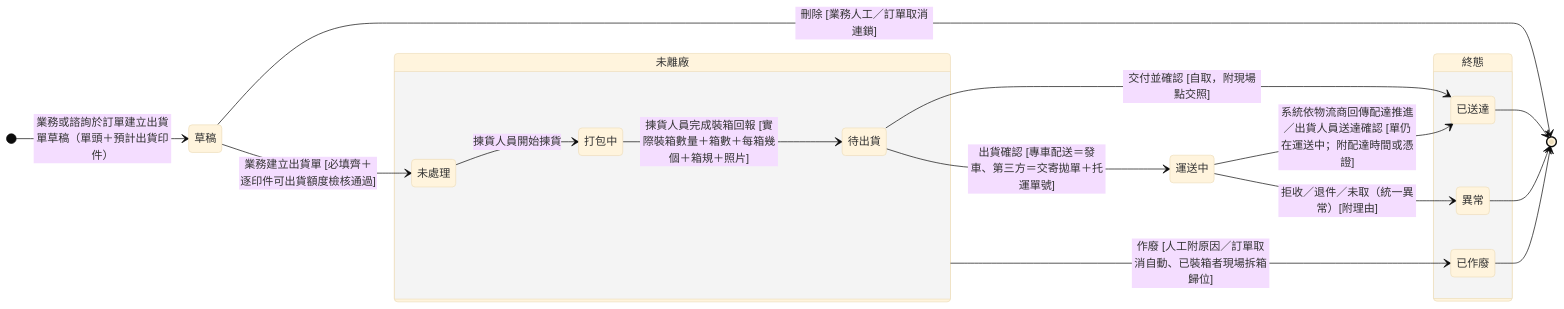
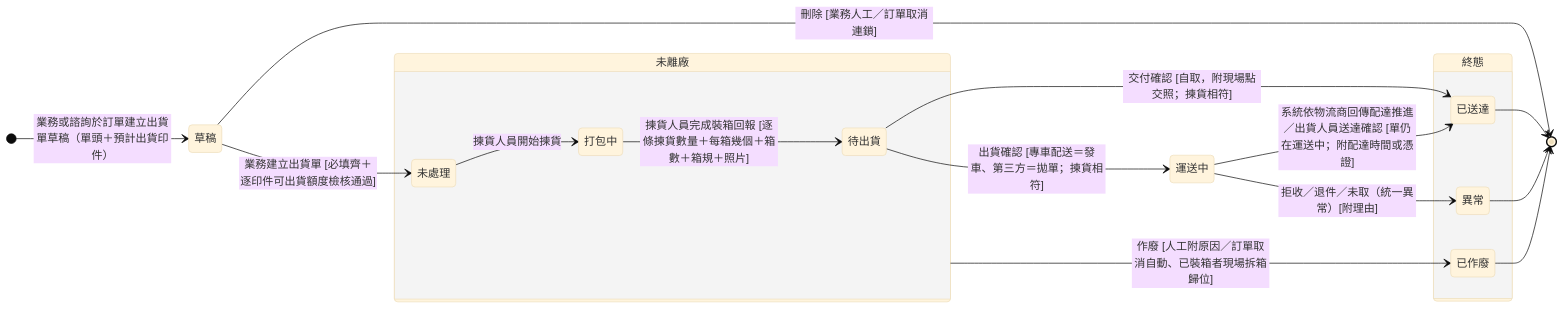
The diagram in memory/Sens_wiki/wiki/erp/06-state-machines/出貨單狀態.md (Kawato-Miles/erp-spec), drawn with Mermaid (base theme) before and after one commit. The commit also changed other lines of this file and 66 other files, not shown here.

````diff
--- a/memory/Sens_wiki/wiki/erp/06-state-machines/出貨單狀態.md
+++ b/memory/Sens_wiki/wiki/erp/06-state-machines/出貨單狀態.md
@@ -43,38 +44,38 @@
 ```mermaid
 stateDiagram-v2
     direction LR
 
     state "草稿" as s_draft
 
     [*] --> s_draft : 業務或諮詢於訂單建立出貨單草稿（單頭＋預計出貨印件）
 
     state "未離廠" as OnSite {
         direction LR
         state "未處理" as s_pending
         state "打包中" as s_packing
         state "待出貨" as s_packed
         s_pending --> s_packing : 揀貨人員開始揀貨
-        s_packing --> s_packed : 揀貨人員完成裝箱回報 [實際裝箱數量＋箱數＋每箱幾個＋箱規＋照片]
+        s_packing --> s_packed : 揀貨人員完成裝箱回報 [逐條揀貨數量＋每箱幾個＋箱數＋箱規＋照片]
     }
 
     state "運送中" as s_shipping
 
     state "終態" as Final {
         direction LR
         state "已送達" as s_arrived
         state "異常" as s_failed
         state "已作廢" as s_void
     }
 
     s_draft --> s_pending : 業務建立出貨單 [必填齊＋逐印件可出貨額度檢核通過]
     s_draft --> [*] : 刪除 [業務人工／訂單取消連鎖]
-    s_packed --> s_shipping : 出貨確認 [專車配送＝發車、第三方＝交寄拋單＋托運單號]
-    s_packed --> s_arrived : 交付並確認 [自取，附現場點交照]
+    s_packed --> s_shipping : 出貨確認 [專車配送＝發車、第三方＝拋單；揀貨相符]
+    s_packed --> s_arrived : 交付確認 [自取，附現場點交照；揀貨相符]
     s_shipping --> s_arrived : 系統依物流商回傳配達推進／出貨人員送達確認 [單仍在運送中；附配達時間或憑證]
     s_shipping --> s_failed : 拒收／退件／未取（統一異常）[附理由]
     OnSite --> s_void : 作廢 [人工附原因／訂單取消自動、已裝箱者現場拆箱歸位]
 
     s_arrived --> [*]
     s_failed --> [*]
     s_void --> [*]
 ```
````
